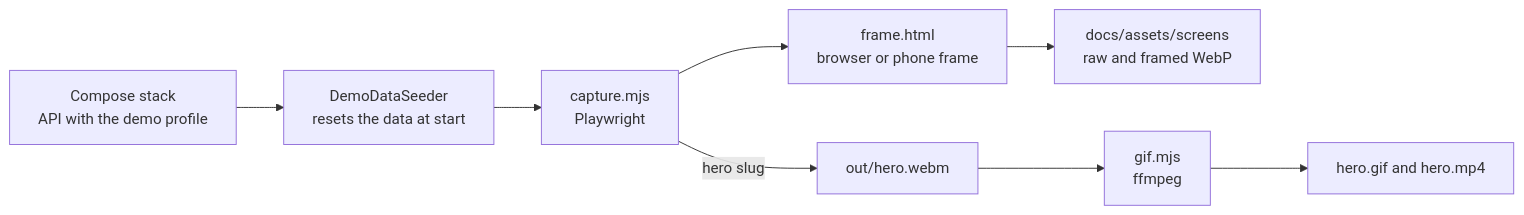
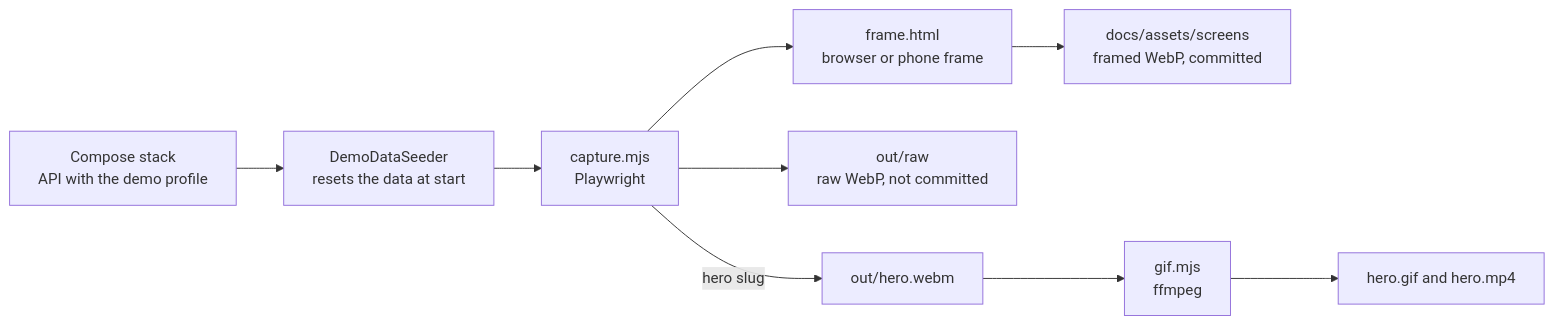
The diagram in e2e/showcase/README.md (kfeuerschvenger/programmingrequests), drawn with Mermaid before and after one commit. The commit also changed other lines of this file and 11 other files, not shown here.

Commit message:
chore: keep raw stills out of git

````diff
--- a/e2e/showcase/README.md
+++ b/e2e/showcase/README.md
@@ -5,10 +5,11 @@
 ```mermaid
 flowchart LR
   Stack["Compose stack<br/>API with the demo profile"] --> Seed["DemoDataSeeder<br/>resets the data at start"]
   Seed --> Capture["capture.mjs<br/>Playwright"]
   Capture --> Frame["frame.html<br/>browser or phone frame"]
-  Frame --> Stills["docs/assets/screens<br/>raw and framed WebP"]
+  Capture --> Raw["out/raw<br/>raw WebP, not committed"]
+  Frame --> Stills["docs/assets/screens<br/>framed WebP, committed"]
   Capture -->|"hero slug"| Video["out/hero.webm"]
   Video --> Gif["gif.mjs<br/>ffmpeg"]
   Gif --> Anim["hero.gif and hero.mp4"]
 ```
````
